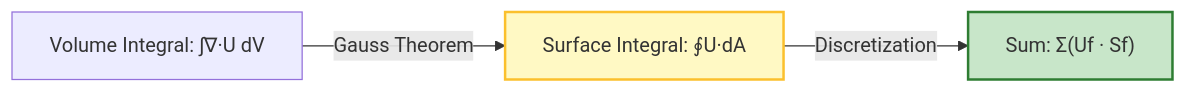
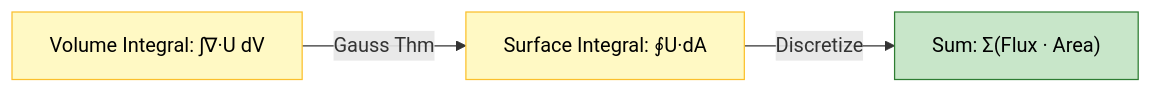
Before and after one commit to wramet/build-my-cfd: the diagram in MODULE_05_OPENFOAM_PROGRAMMING/CONTENT/10_VECTOR_CALCULUS/01_Introduction.md, drawn with Mermaid. The commit also changed 313 other files, not shown here.

Commit message:
Revise all diagram

````diff
--- a/MODULE_05_OPENFOAM_PROGRAMMING/CONTENT/10_VECTOR_CALCULUS/01_Introduction.md
+++ b/MODULE_05_OPENFOAM_PROGRAMMING/CONTENT/10_VECTOR_CALCULUS/01_Introduction.md
@@ -16,8 +16,7 @@
 ```mermaid
 flowchart LR
-    V["Volume Integral: ∫∇·U dV"] -->|"Gauss Theorem"| S["Surface Integral: ∮U·dA"]
-    S -->|"Discretization"| Sum["Sum: Σ(Uf · Sf)"]
-
-    style S fill:#fff9c4,stroke:#fbc02d,stroke-width:2px
-    style Sum fill:#c8e6c9,stroke:#2e7d32,stroke-width:2px
+classDef math fill:#fff9c4,stroke:#fbc02d,color:#000
+classDef disc fill:#c8e6c9,stroke:#2e7d32,color:#000
+V["Volume Integral: ∫∇·U dV"]:::math -->|Gauss Thm| S["Surface Integral: ∮U·dA"]:::math
+S -->|Discretize| Sum["Sum: Σ(Flux · Area)"]:::disc
 ```
````
